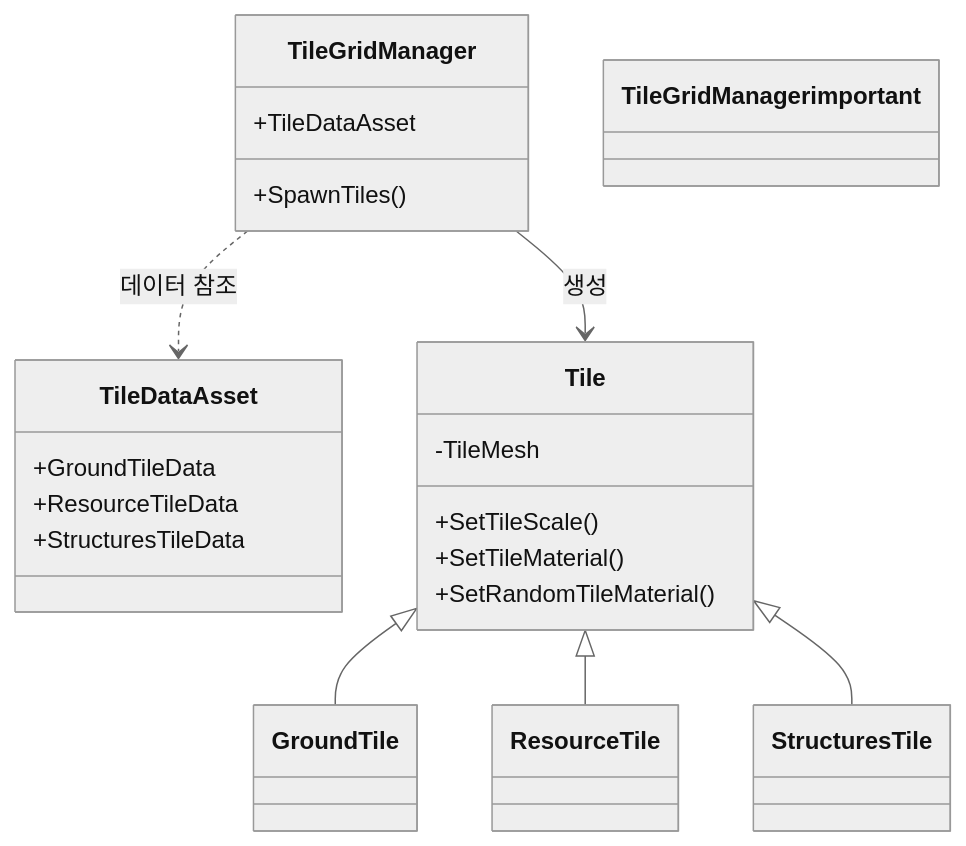
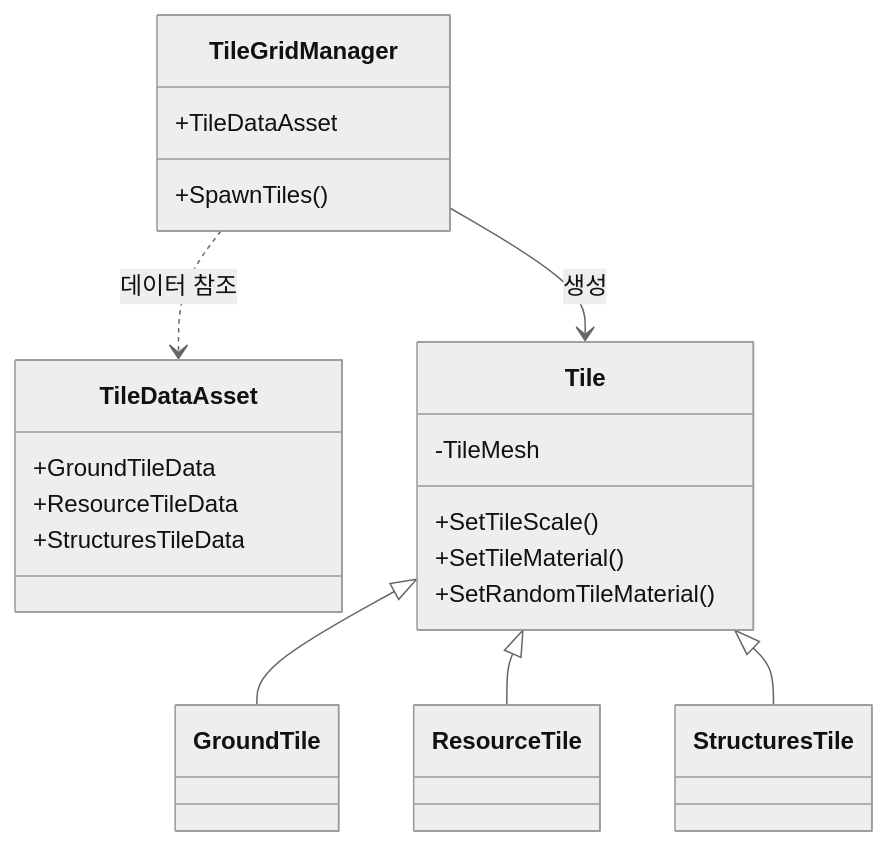
One commit to WJMcode/Project_CavesBasic changed the first of 4 diagrams in README.md. Above: the diagram before and after it, drawn with Mermaid (neutral theme).

````diff
--- a/README.md
+++ b/README.md
@@ -1,32 +1,27 @@
 ```mermaid
 classDiagram
     class TileGridManager {
         +TileDataAsset
         +SpawnTiles()
     }
     class TileDataAsset {
         +GroundTileData
         +ResourceTileData
         +StructuresTileData
     }
     class Tile {
         -TileMesh
         +SetTileScale()
         +SetTileMaterial()
         +SetRandomTileMaterial()
     }
     class GroundTile
     class ResourceTile
     class StructuresTile
 
     TileGridManager ..> TileDataAsset : 데이터 참조
     TileGridManager --> Tile : 생성
     Tile <|-- GroundTile
     Tile <|-- ResourceTile
     Tile <|-- StructuresTile
-
-    %% 스타일 정의와 적용은 클래스/관계 정의 **아래**에 작성
-    classDef important fill:#FFD700,stroke:#333,stroke-width:2px;
-    class TileGridManager important
-
 ```
````
